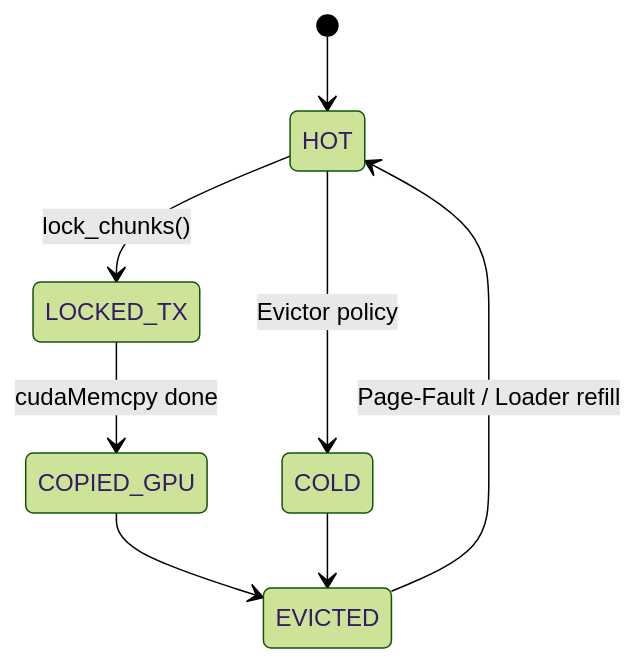
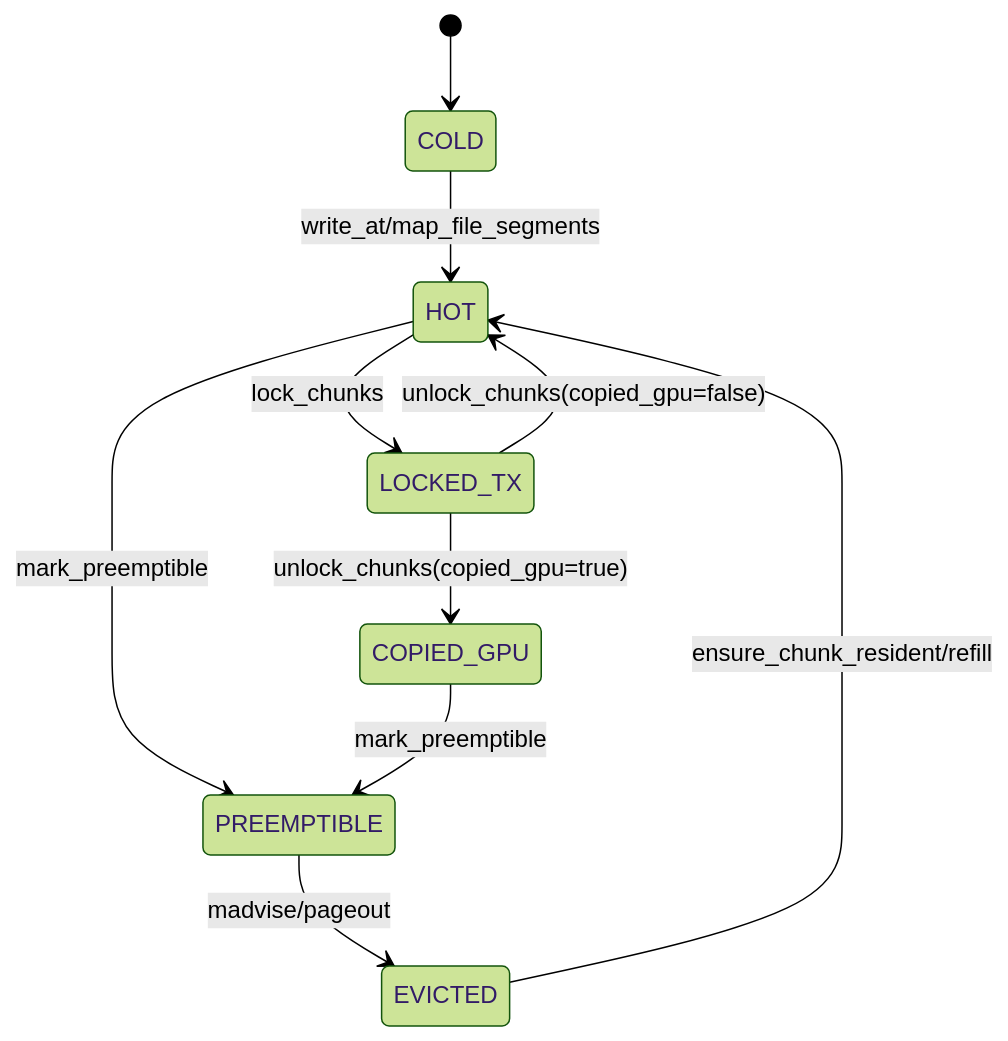
Before and after one commit to tensorcast-ai/tensorcast: the seventh of 7 diagrams in rfcs/0001-distributed-virtual-memory-pool.md, drawn with Mermaid (forest theme). The commit also changed other lines of this file and 18 other files, not shown here.

````diff
--- a/rfcs/0001-distributed-virtual-memory-pool.md
+++ b/rfcs/0001-distributed-virtual-memory-pool.md
@@ -148,10 +335,12 @@
 ```mermaid
 stateDiagram-v2
-    [*] --> HOT
-    HOT --> LOCKED_TX     : lock_chunks()
-    LOCKED_TX --> COPIED_GPU : cudaMemcpy done
-    HOT --> COLD          : Evictor policy
-    COPIED_GPU --> EVICTED
-    COLD --> EVICTED
-    EVICTED --> HOT       : Page-Fault / Loader refill
+    [*] --> COLD
+    COLD --> HOT: write_at/map_file_segments
+    HOT --> LOCKED_TX: lock_chunks
+    LOCKED_TX --> HOT: unlock_chunks(copied_gpu=false)
+    LOCKED_TX --> COPIED_GPU: unlock_chunks(copied_gpu=true)
+    HOT --> PREEMPTIBLE: mark_preemptible
+    COPIED_GPU --> PREEMPTIBLE: mark_preemptible
+    PREEMPTIBLE --> EVICTED: madvise/pageout
+    EVICTED --> HOT: ensure_chunk_resident/refill
 ```
````
